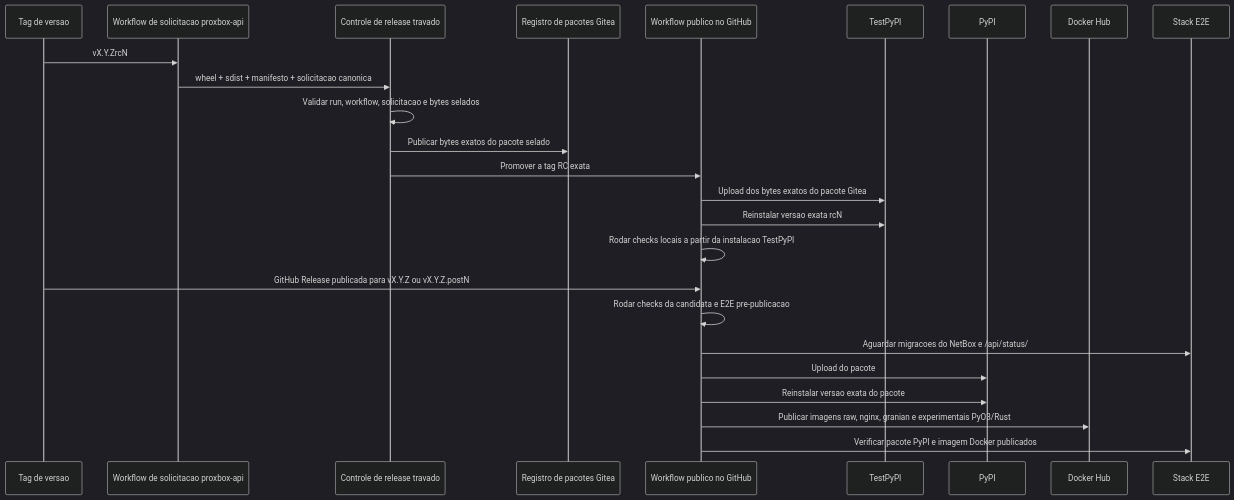
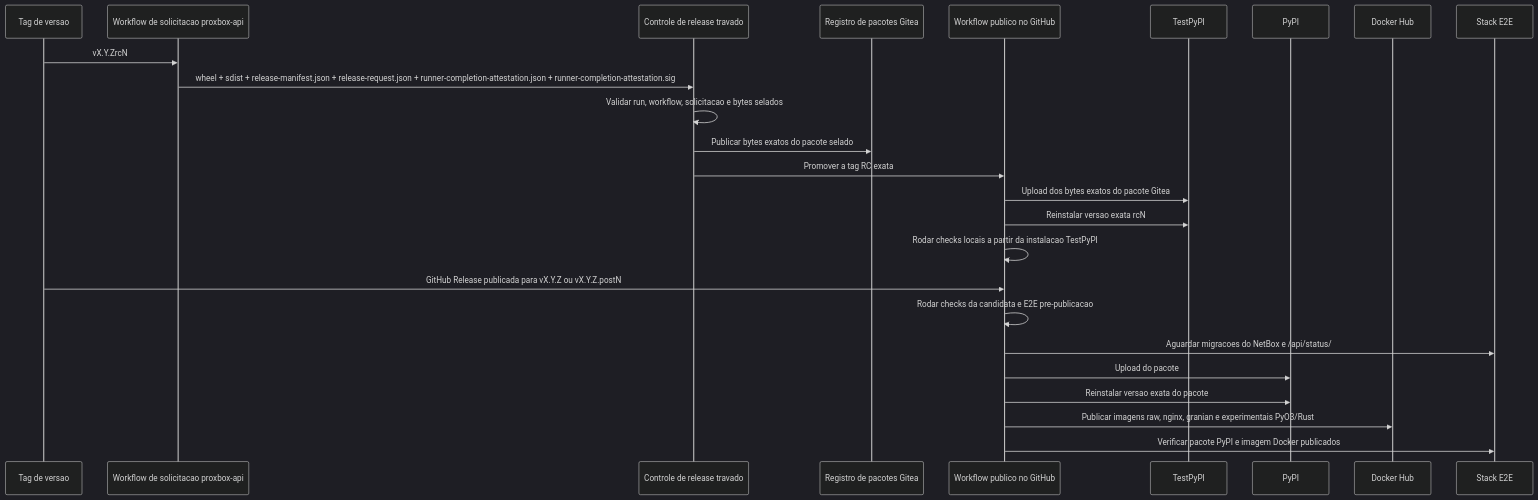
One commit to emersonfelipesp/proxbox-api changed the second of 2 diagrams in docs/pt-BR/development/release-publishing.md. Above: the diagram before and after it, drawn with Mermaid (dark theme). The commit also changed other lines of this file and 10 other files, not shown here.

````diff
--- a/docs/pt-BR/development/release-publishing.md
+++ b/docs/pt-BR/development/release-publishing.md
@@ -46,29 +46,29 @@
 ```mermaid
 sequenceDiagram
     participant Tag as Tag de versao
     participant TargetWF as Workflow de solicitacao proxbox-api
     participant Control as Controle de release travado
     participant GP as Registro de pacotes Gitea
     participant WF as Workflow publico no GitHub
     participant TP as TestPyPI
     participant PY as PyPI
     participant DH as Docker Hub
     participant E2E as Stack E2E
 
     Tag->>TargetWF: vX.Y.ZrcN
-    TargetWF->>Control: wheel + sdist + manifesto + solicitacao canonica
+    TargetWF->>Control: wheel + sdist + release-manifest.json + release-request.json + runner-completion-attestation.json + runner-completion-attestation.sig
     Control->>Control: Validar run, workflow, solicitacao e bytes selados
     Control->>GP: Publicar bytes exatos do pacote selado
     Control->>WF: Promover a tag RC exata
     WF->>TP: Upload dos bytes exatos do pacote Gitea
     WF->>TP: Reinstalar versao exata rcN
     WF->>WF: Rodar checks locais a partir da instalacao TestPyPI
 
     Tag->>WF: GitHub Release publicada para vX.Y.Z ou vX.Y.Z.postN
     WF->>WF: Rodar checks da candidata e E2E pre-publicacao
     WF->>E2E: Aguardar migracoes do NetBox e /api/status/
     WF->>PY: Upload do pacote
     WF->>PY: Reinstalar versao exata do pacote
     WF->>DH: Publicar imagens raw, nginx, granian e experimentais PyO3/Rust
     WF->>E2E: Verificar pacote PyPI e imagem Docker publicados
 ```
````
